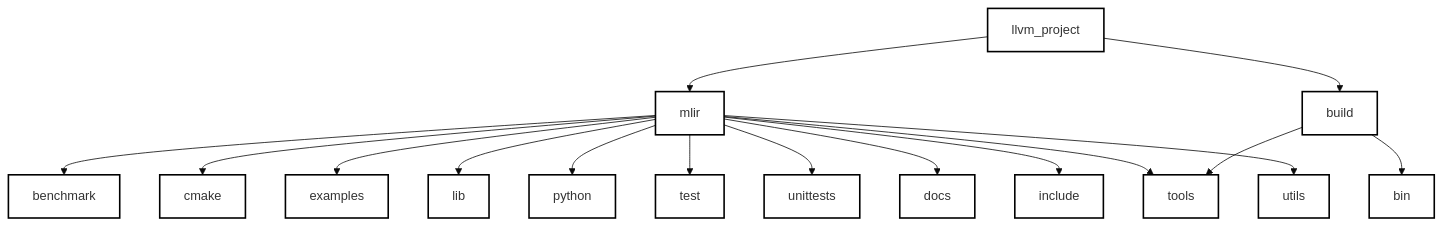
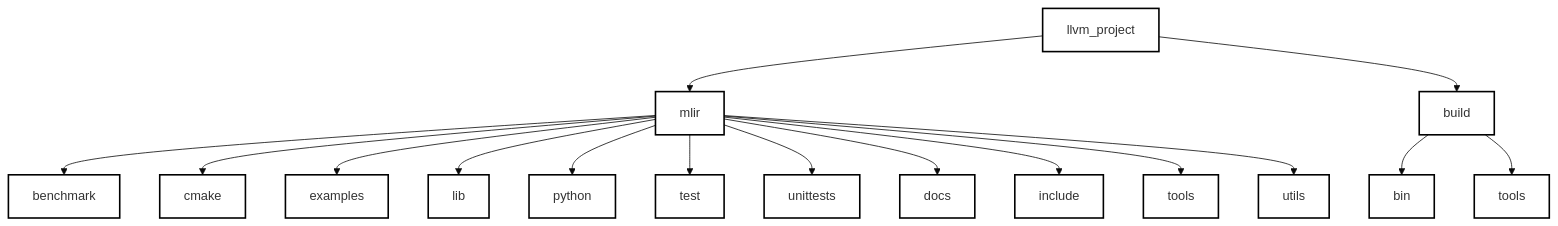
The third of 3 diagrams in Introduction.md (Ameya674/mlir_for_beginners), drawn with Mermaid (base theme) before and after one commit.

````diff
--- a/Introduction.md
+++ b/Introduction.md
@@ -143,46 +143,46 @@
 ```mermaid
 graph TD
   llvm_project["llvm_project"]
   mlir["mlir"]
   build["build"]
 
   llvm_project --> mlir
   llvm_project --> build
 
   benchmark["benchmark"]
   cmake["cmake"]
   examples["examples"]
   lib["lib"]
   python["python"]
   test["test"]
   unittests["unittests"]
   docs["docs"]
   include["include"]
   tools["tools"]
   utils["utils"]
 
   mlir --> benchmark
   mlir --> cmake
   mlir --> examples
   mlir --> lib
   mlir --> python
   mlir --> test
   mlir --> unittests
   mlir --> docs
   mlir --> include
   mlir --> tools
   mlir --> utils
 
   bin["bin"]
-  tools["tools"]
+  build_tools["tools"]
 
   build --> bin
-  build --> tools
+  build --> build_tools
 
   
   classDef default fill:#fff,stroke:#000,stroke-width:2px;
   class mlir_box default;
   class toy_examples_box default;
   class toy_test_box default;
   class test_box default;
 ```
````
